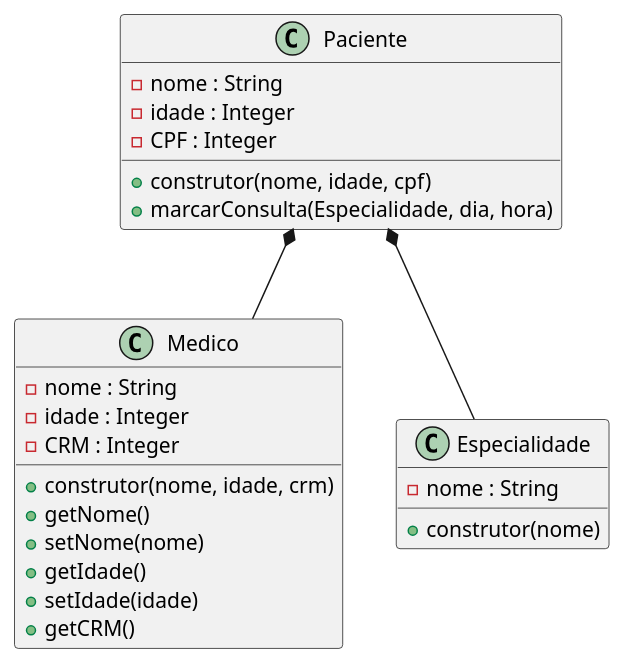
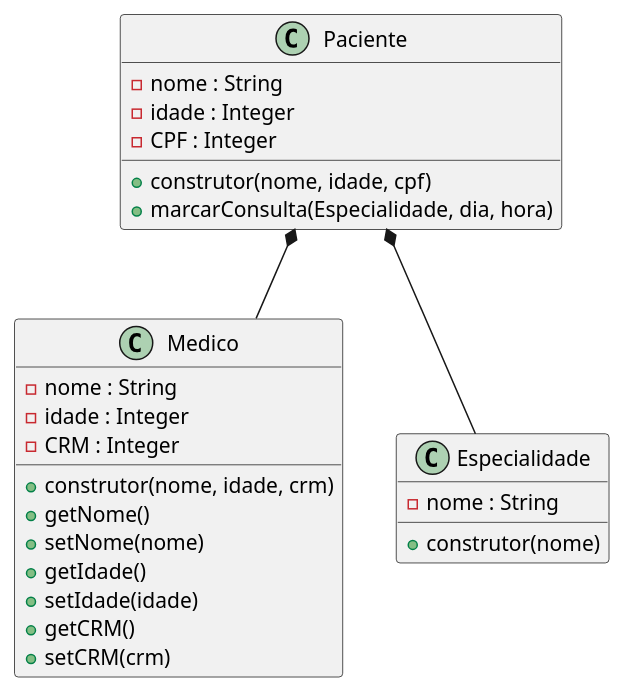
One commit to anleaes/2022-1-N2-POO-03 changed the diagram in diagrama.plantuml. Above: the diagram before and after it, drawn with PlantUML.

Commit message:
colocado setCRM em Medico

```diff
--- a/diagrama.plantuml
+++ b/diagrama.plantuml
@@ -1,31 +1,32 @@
 @startuml Gerenciamento de Exames Medicos
 
     class Paciente{
         - nome : String
         - idade : Integer
         - CPF : Integer
         + construtor(nome, idade, cpf)
         + marcarConsulta(Especialidade, dia, hora)
     }
 
     class Medico{
         - nome : String
         - idade : Integer
         - CRM : Integer
         + construtor(nome, idade, crm)
         + getNome()
         + setNome(nome)
         + getIdade()
         + setIdade(idade)
         + getCRM()
+        + setCRM(crm)
     }
 
     class Especialidade{
         - nome : String
         + construtor(nome)
     }
 
     Paciente *-- Medico
     Paciente *-- Especialidade
 
 @enduml
```
